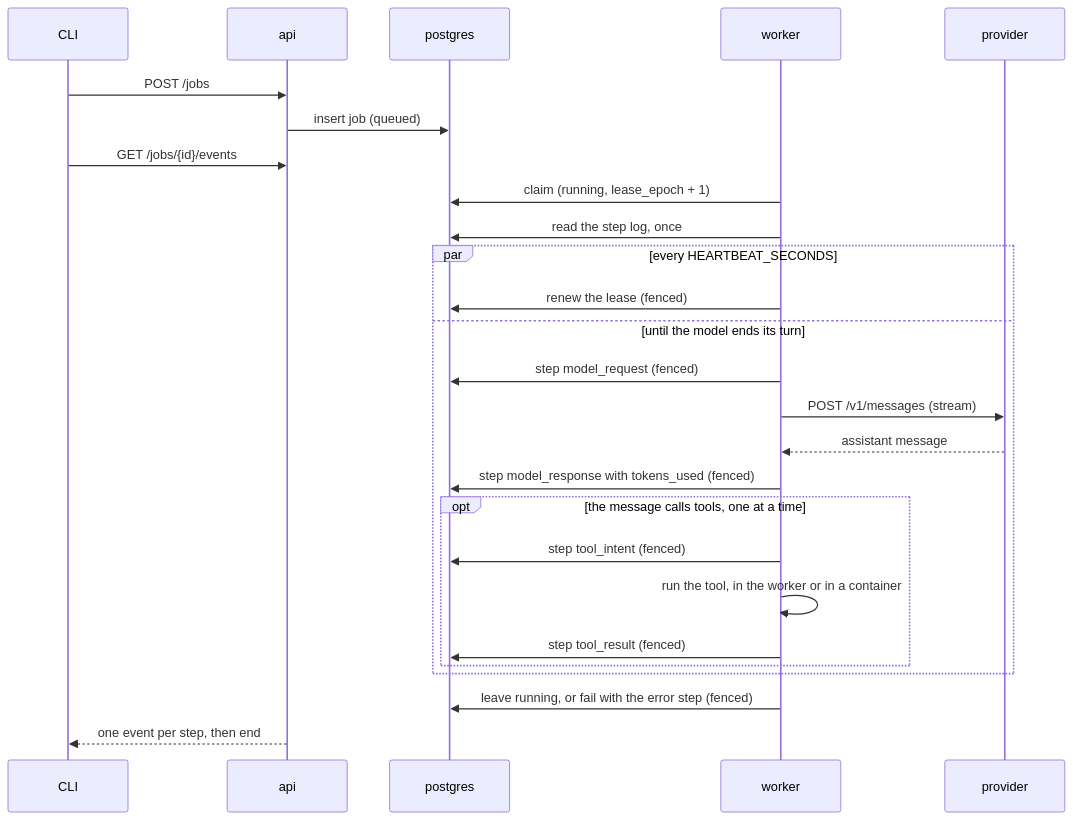
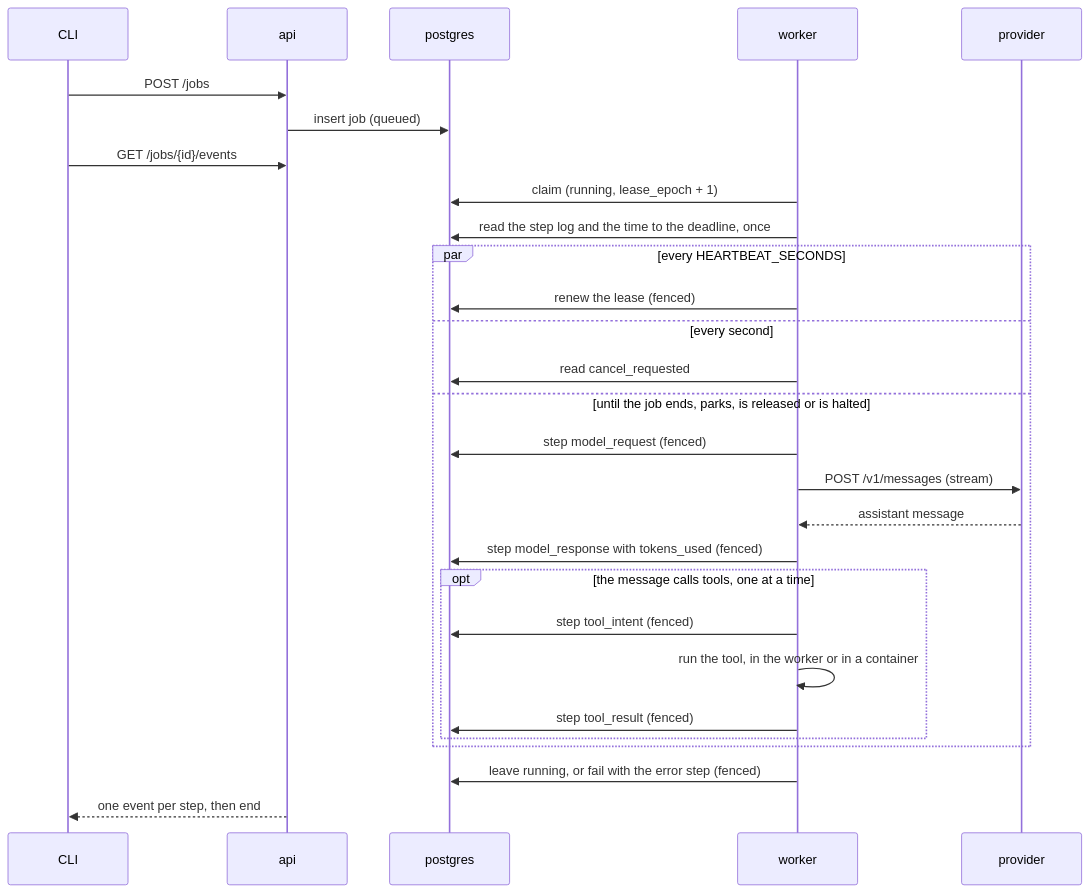
The second of 2 diagrams in docs/architecture.md (sindredg/agent-runtime), drawn with Mermaid before and after one commit. The commit also changed other lines of this file and 32 other files, not shown here.

````diff
--- a/docs/architecture.md
+++ b/docs/architecture.md
@@ -44,28 +45,30 @@
 ```mermaid
 sequenceDiagram
     participant C as CLI
     participant A as api
     participant D as postgres
     participant W as worker
     participant P as provider
     C->>A: POST /jobs
     A->>D: insert job (queued)
     C->>A: GET /jobs/{id}/events
     W->>D: claim (running, lease_epoch + 1)
-    W->>D: read the step log, once
+    W->>D: read the step log and the time to the deadline, once
     par every HEARTBEAT_SECONDS
         W->>D: renew the lease (fenced)
-    and until the model ends its turn
+    and every second
+        W->>D: read cancel_requested
+    and until the job ends, parks, is released or is halted
         W->>D: step model_request (fenced)
         W->>P: POST /v1/messages (stream)
         P-->>W: assistant message
         W->>D: step model_response with tokens_used (fenced)
         opt the message calls tools, one at a time
             W->>D: step tool_intent (fenced)
             W->>W: run the tool, in the worker or in a container
             W->>D: step tool_result (fenced)
         end
     end
     W->>D: leave running, or fail with the error step (fenced)
     A-->>C: one event per step, then end
 ```
````
